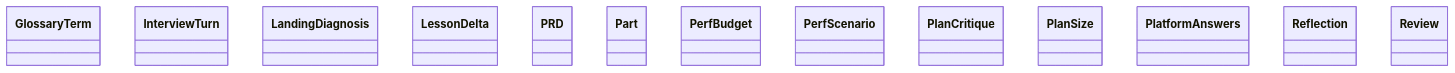
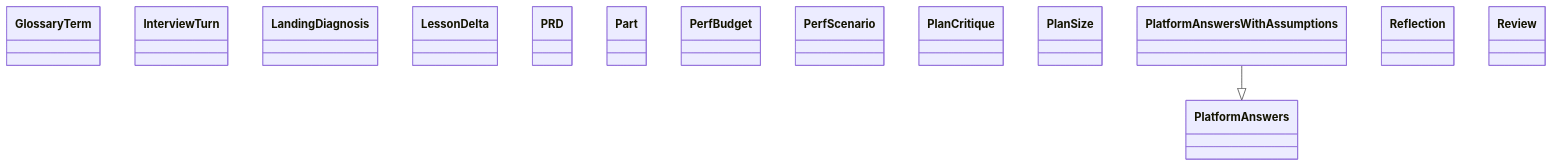
The diagram in docs/architecture/generated/classes-process-domain-roles-3.md (GonzaloZevallos/agentic-system), drawn with Mermaid before and after one commit. The commit also changed 7 other files, not shown here.

````diff
--- a/docs/architecture/generated/classes-process-domain-roles-3.md
+++ b/docs/architecture/generated/classes-process-domain-roles-3.md
@@ -26,16 +26,18 @@
 ```mermaid
 classDiagram
     class schemas__GlossaryTerm["GlossaryTerm"]
     class schemas__InterviewTurn["InterviewTurn"]
     class schemas__LandingDiagnosis["LandingDiagnosis"]
     class schemas__LessonDelta["LessonDelta"]
     class schemas__PRD["PRD"]
     class schemas__Part["Part"]
     class schemas__PerfBudget["PerfBudget"]
     class schemas__PerfScenario["PerfScenario"]
     class schemas__PlanCritique["PlanCritique"]
     class schemas__PlanSize["PlanSize"]
     class schemas__PlatformAnswers["PlatformAnswers"]
+    class schemas__PlatformAnswersWithAssumptions["PlatformAnswersWithAssumptions"]
     class schemas__Reflection["Reflection"]
     class schemas__Review["Review"]
+    schemas__PlatformAnswersWithAssumptions --|> schemas__PlatformAnswers
 ```
````
